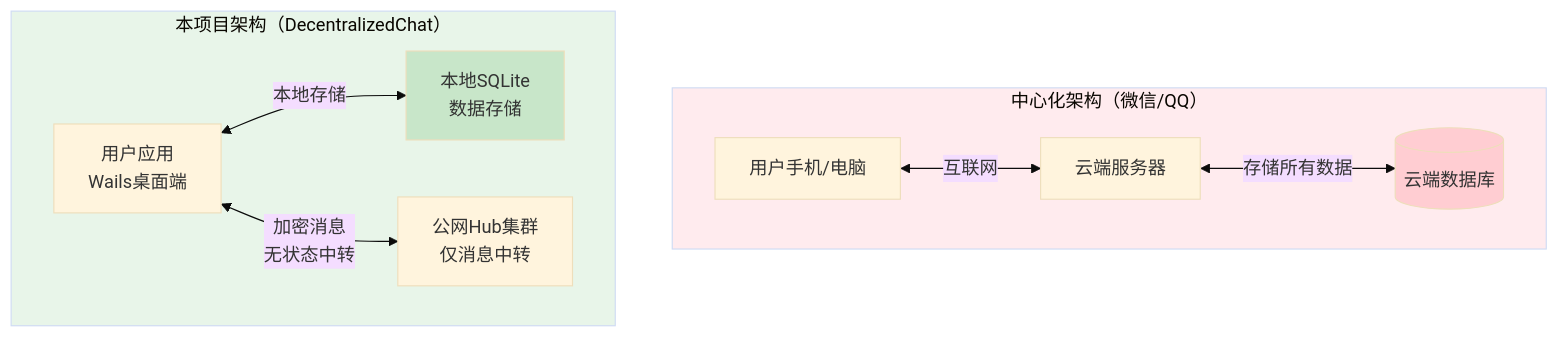
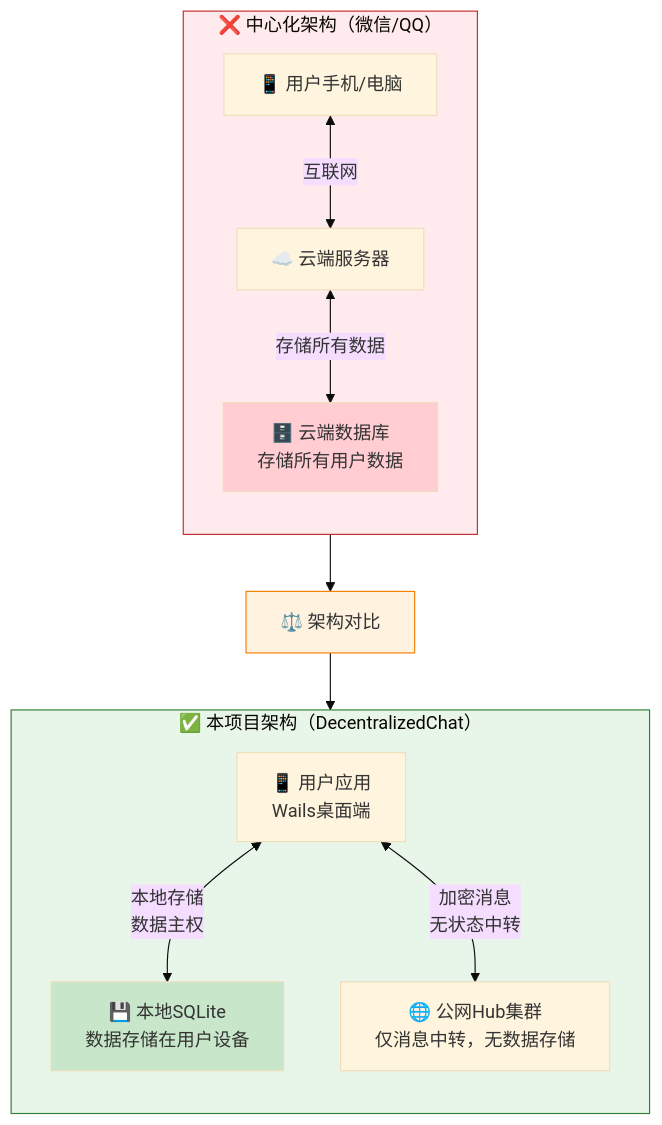
The diagram in DecentralizedChat/paper/diagrams/fig1_arch_compare.mmd (yixianOu/Dchat), drawn with Mermaid (base theme) before and after one commit. The commit also changed 17 other files, not shown here.

Commit message:
fix: 口语化与图片改为纵向

```diff
--- a/DecentralizedChat/paper/diagrams/fig1_arch_compare.mmd
+++ b/DecentralizedChat/paper/diagrams/fig1_arch_compare.mmd
@@ -1,22 +1,29 @@
-%% 图1 中心化vs本项目架构对比
+%% 图1 中心化vs本项目架构对比 - 纵向布局
 flowchart TB
-    subgraph 中心化架构["中心化架构（微信/QQ）"]
-        C1[用户手机/电脑]
-        C2[云端服务器]
-        C3[(云端数据库)]
-        C1 <-->|互联网| C2
-        C2 <-->|存储所有数据| C3
+    subgraph 中心化架构["❌ 中心化架构（微信/QQ）"]
+        direction TB
+        C1["📱 用户手机/电脑"] 
+        C2["☁️ 云端服务器"]
+        C3["🗄️ 云端数据库<br/>存储所有用户数据"]
+        C1 <-->|"互联网"| C2
+        C2 <-->|"存储所有数据"| C3
     end
     
-    subgraph 本项目架构["本项目架构（DecentralizedChat）"]
-        D1[用户应用<br/>Wails桌面端]
-        D2[本地SQLite<br/>数据存储]
-        D3[公网Hub集群<br/>仅消息中转]
-        D1 <-->|本地存储| D2
-        D1 <-->|加密消息<br/>无状态中转| D3
+    对比["⚖️ 架构对比"]
+    
+    subgraph 本项目架构["✅ 本项目架构（DecentralizedChat）"]
+        direction TB
+        D1["📱 用户应用<br/>Wails桌面端"]
+        D2["💾 本地SQLite<br/>数据存储在用户设备"]
+        D3["🌐 公网Hub集群<br/>仅消息中转，无数据存储"]
+        D1 <-->|"本地存储<br/>数据主权"| D2
+        D1 <-->|"加密消息<br/>无状态中转"| D3
     end
     
-    style 中心化架构 fill:#ffebee
-    style 本项目架构 fill:#e8f5e9
+    中心化架构 --> 对比 --> 本项目架构
+    
+    style 中心化架构 fill:#ffebee,stroke:#c62828
+    style 本项目架构 fill:#e8f5e9,stroke:#2e7d32
     style C3 fill:#ffcdd2
     style D2 fill:#c8e6c9
+    style 对比 fill:#fff3e0,stroke:#f57c00
```
